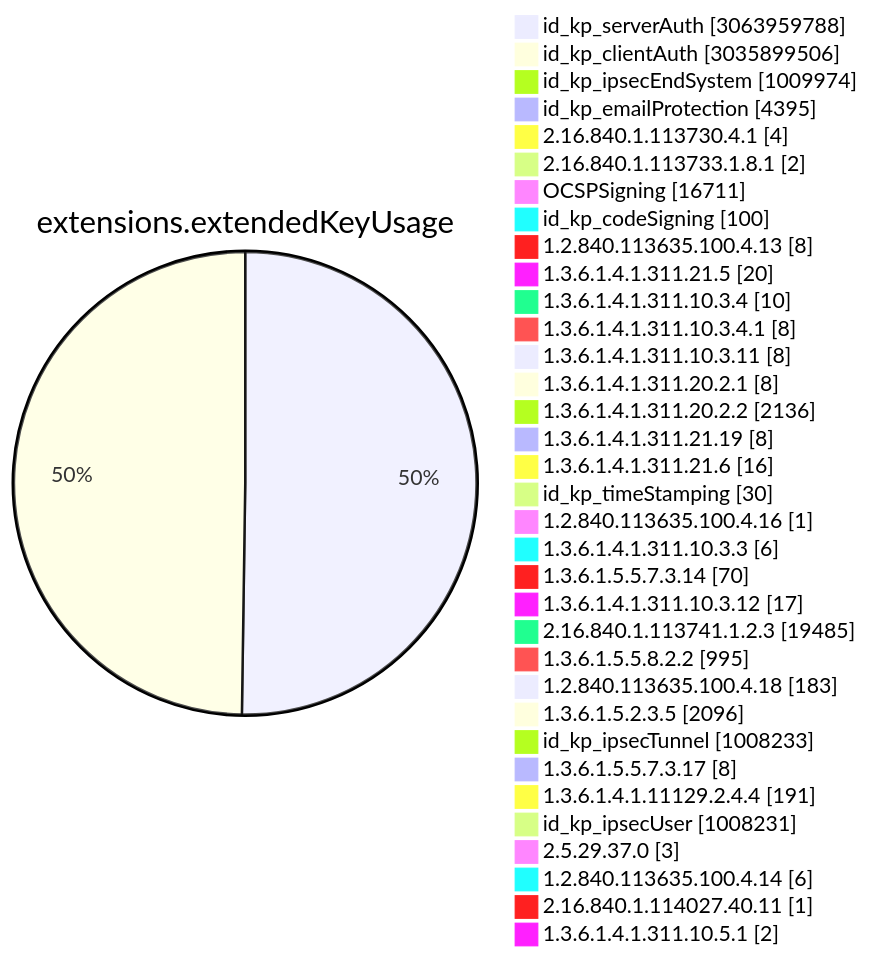
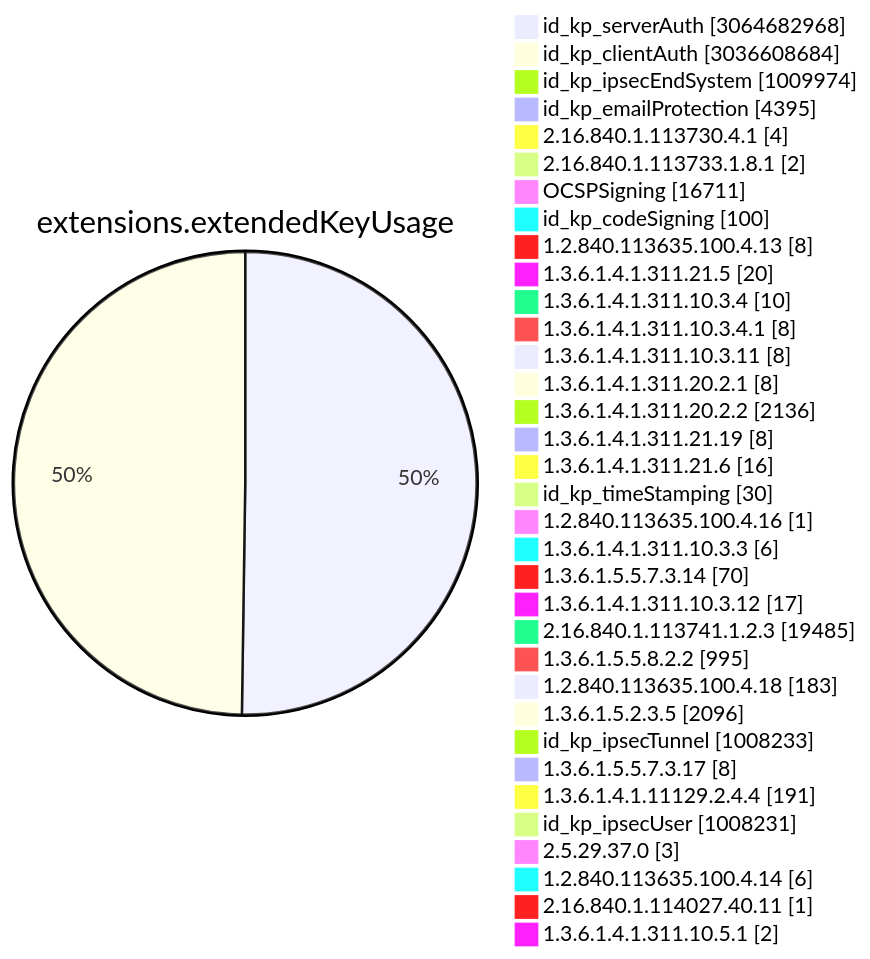
One commit to christiankrug/ctmonitor_visualization changed diagram 11 of 15 in TOTAL/README.md. Above: the diagram before and after it, drawn with Mermaid. The commit also changed other lines of this file, not shown here.

````diff
--- a/TOTAL/README.md
+++ b/TOTAL/README.md
@@ -4119,38 +4119,38 @@
 ```mermaid
 pie showData
 title extensions.extendedKeyUsage
-"id_kp_serverAuth" :3063959788
-"id_kp_clientAuth" :3035899506
+"id_kp_serverAuth" :3064682968
+"id_kp_clientAuth" :3036608684
 "id_kp_ipsecEndSystem" :1009974
 "id_kp_emailProtection" :4395
 "2.16.840.1.113730.4.1" :4
 "2.16.840.1.113733.1.8.1" :2
 "OCSPSigning" :16711
 "id_kp_codeSigning" :100
 "1.2.840.113635.100.4.13" :8
 "1.3.6.1.4.1.311.21.5" :20
 "1.3.6.1.4.1.311.10.3.4" :10
 "1.3.6.1.4.1.311.10.3.4.1" :8
 "1.3.6.1.4.1.311.10.3.11" :8
 "1.3.6.1.4.1.311.20.2.1" :8
 "1.3.6.1.4.1.311.20.2.2" :2136
 "1.3.6.1.4.1.311.21.19" :8
 "1.3.6.1.4.1.311.21.6" :16
 "id_kp_timeStamping" :30
 "1.2.840.113635.100.4.16" :1
 "1.3.6.1.4.1.311.10.3.3" :6
 "1.3.6.1.5.5.7.3.14" :70
 "1.3.6.1.4.1.311.10.3.12" :17
 "2.16.840.1.113741.1.2.3" :19485
 "1.3.6.1.5.5.8.2.2" :995
 "1.2.840.113635.100.4.18" :183
 "1.3.6.1.5.2.3.5" :2096
 "id_kp_ipsecTunnel" :1008233
 "1.3.6.1.5.5.7.3.17" :8
 "1.3.6.1.4.1.11129.2.4.4" :191
 "id_kp_ipsecUser" :1008231
 "2.5.29.37.0" :3
 "1.2.840.113635.100.4.14" :6
 "2.16.840.1.114027.40.11" :1
 "1.3.6.1.4.1.311.10.5.1" :2
 ```
````
